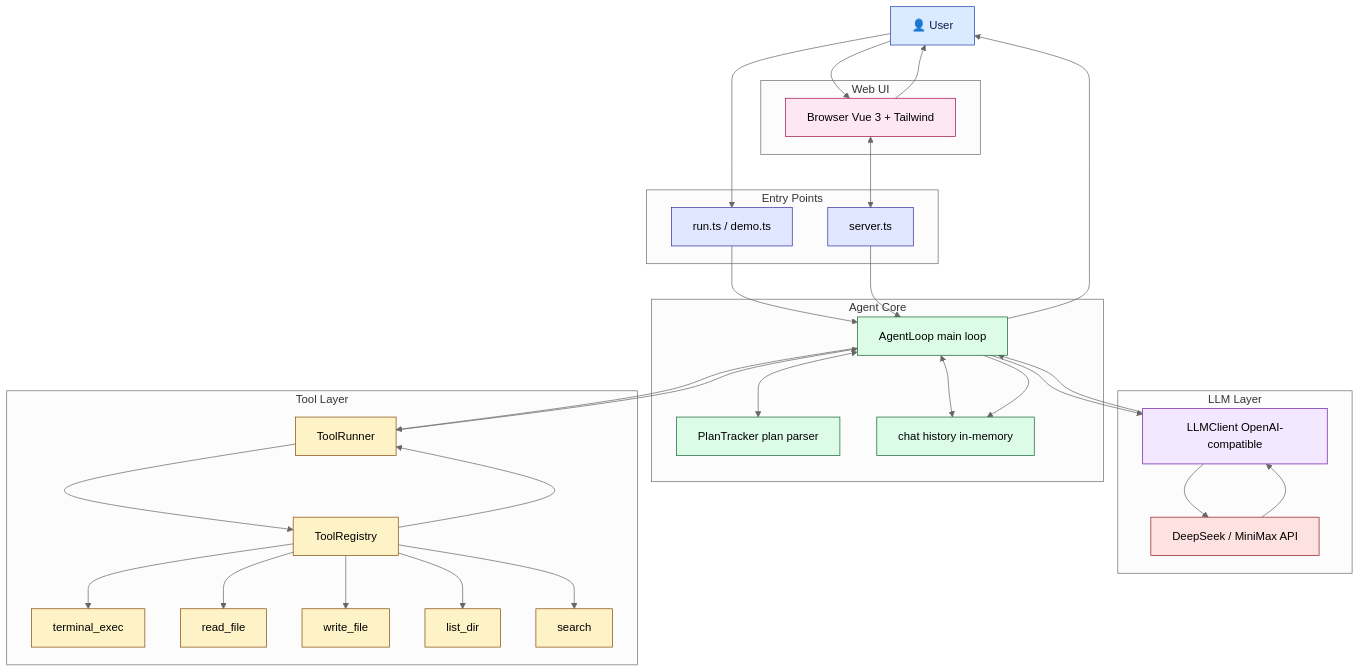
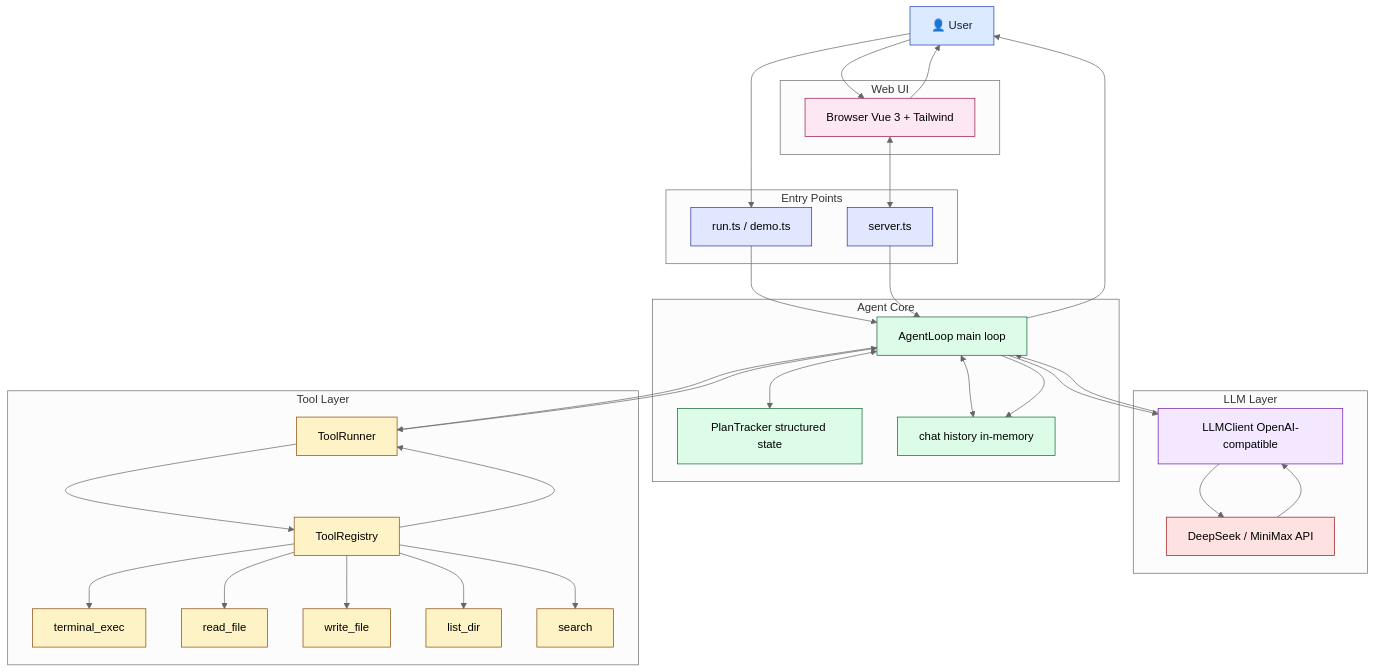
One commit to Tianlang-2000/swe-agent changed the first of 2 diagrams in README.en.md. Above: the diagram before and after it, drawn with Mermaid (neutral theme). The commit also changed other lines of this file and 9 other files, not shown here.

````diff
--- a/README.en.md
+++ b/README.en.md
@@ -69,74 +69,74 @@
 ```mermaid
 graph TD
     U["👤 User"]
 
     subgraph Entry["Entry Points"]
         CLI["run.ts / demo.ts"]
         WEB["server.ts"]
     end
 
     subgraph WebUI["Web UI"]
         BROWSER["Browser Vue 3 + Tailwind"]
     end
 
     subgraph Core["Agent Core"]
         LOOP["AgentLoop main loop"]
-        PLAN["PlanTracker plan parser"]
+        PLAN["PlanTracker structured state"]
         HIST["chat history in-memory"]
     end
 
     subgraph LLM["LLM Layer"]
         CLIENT["LLMClient OpenAI-compatible"]
         EXT["DeepSeek / MiniMax API"]
     end
 
     subgraph Tools["Tool Layer"]
         REG["ToolRegistry"]
         RUN["ToolRunner"]
         T1["terminal_exec"]
         T2["read_file"]
         T3["write_file"]
         T4["list_dir"]
         T5["search"]
     end
 
     U --> CLI
     U --> BROWSER
     BROWSER <--> WEB
     CLI --> LOOP
     WEB --> LOOP
     LOOP --> CLIENT
     CLIENT --> EXT
     EXT --> CLIENT
     CLIENT --> LOOP
     LOOP <--> PLAN
     LOOP <--> HIST
     LOOP --> RUN
     RUN --> REG
     REG --> T1
     REG --> T2
     REG --> T3
     REG --> T4
     REG --> T5
     REG --> RUN
     RUN --> LOOP
     LOOP --> HIST
     LOOP --> U
     BROWSER --> U
 
     classDef userStyle fill:#dbeafe,stroke:#1e40af,color:#0c1f4a
     classDef entryStyle fill:#e0e7ff,stroke:#3730a3
     classDef uiStyle fill:#fce7f3,stroke:#9d174d
     classDef coreStyle fill:#dcfce7,stroke:#166534
     classDef llmStyle fill:#f3e8ff,stroke:#6b21a8
     classDef toolsStyle fill:#fef3c7,stroke:#854d0e
     classDef extStyle fill:#fee2e2,stroke:#991b1b
 
     class U userStyle
     class CLI,WEB entryStyle
     class BROWSER uiStyle
     class LOOP,PLAN,HIST coreStyle
     class CLIENT llmStyle
     class REG,RUN,T1,T2,T3,T4,T5 toolsStyle
     class EXT extStyle
 ```
````
